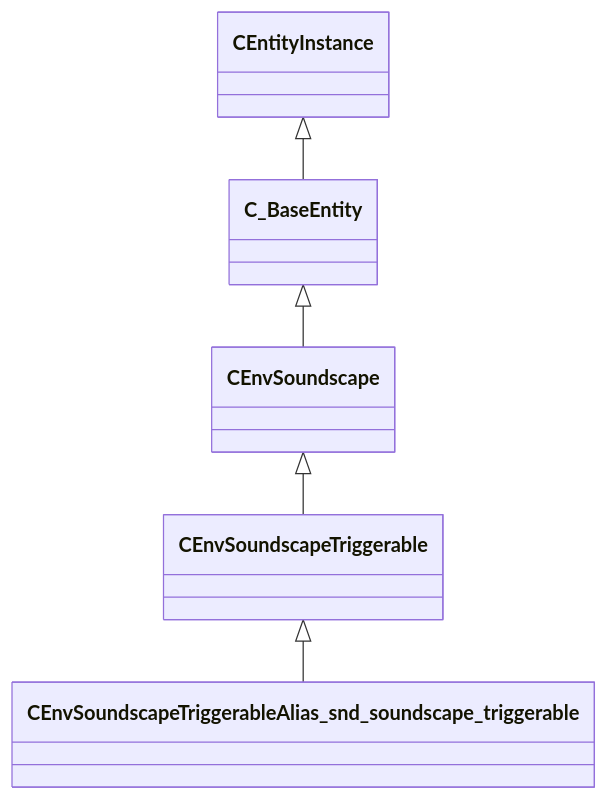
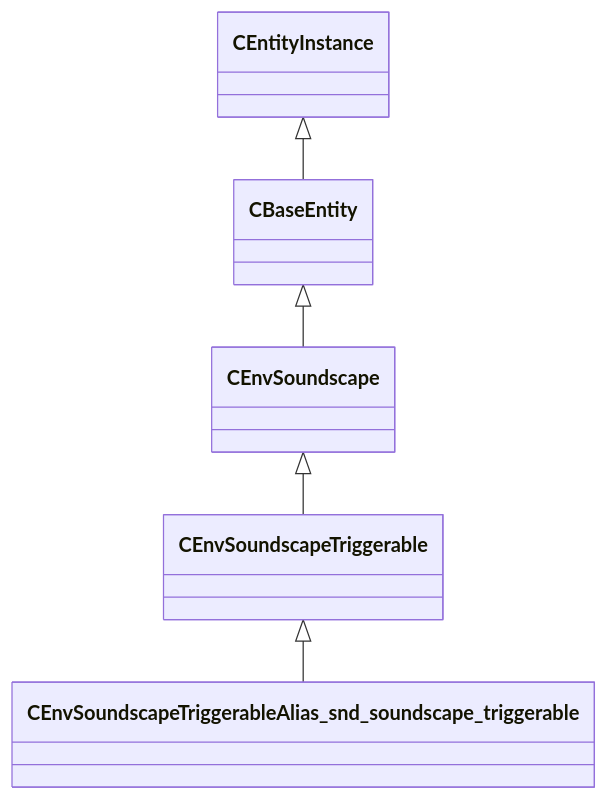
Before and after one commit to CS2OpenDev/CS2OpenDev-Docs: the diagram in docs/generated/schemas/server/CEnvSoundscapeTriggerable.md, drawn with Mermaid. The commit also changed other lines of this file and 4525 other files, not shown here.

````diff
--- a/docs/generated/schemas/server/CEnvSoundscapeTriggerable.md
+++ b/docs/generated/schemas/server/CEnvSoundscapeTriggerable.md
@@ -19,7 +23,7 @@
 ```mermaid
 classDiagram
     CEnvSoundscape <|-- CEnvSoundscapeTriggerable
-    C_BaseEntity <|-- CEnvSoundscape
-    CEntityInstance <|-- C_BaseEntity
+    CBaseEntity <|-- CEnvSoundscape
+    CEntityInstance <|-- CBaseEntity
     CEnvSoundscapeTriggerable <|-- CEnvSoundscapeTriggerableAlias_snd_soundscape_triggerable
 ```
````
